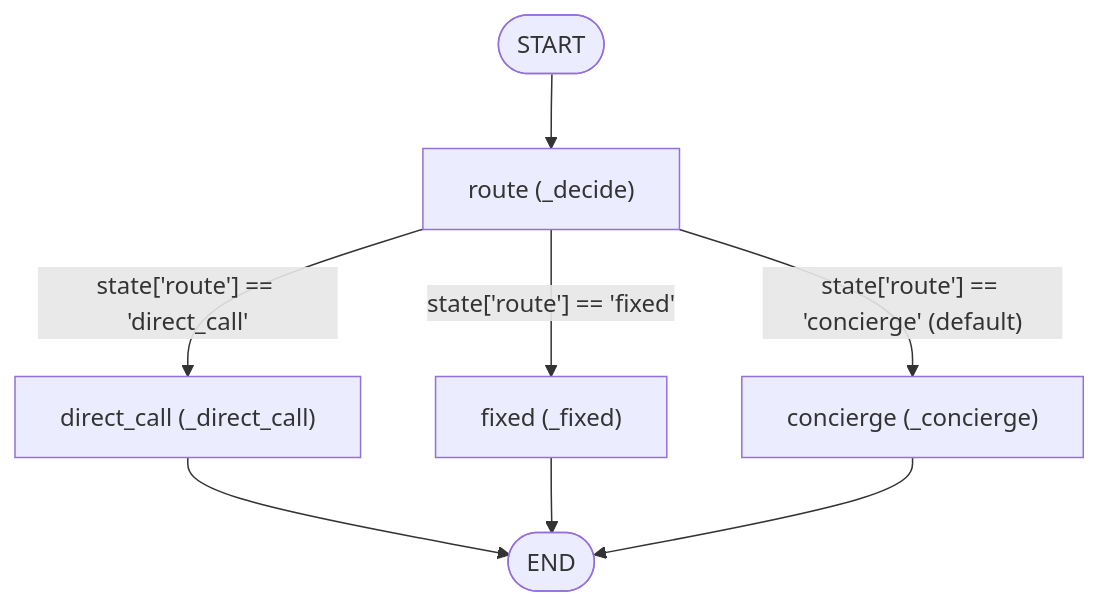
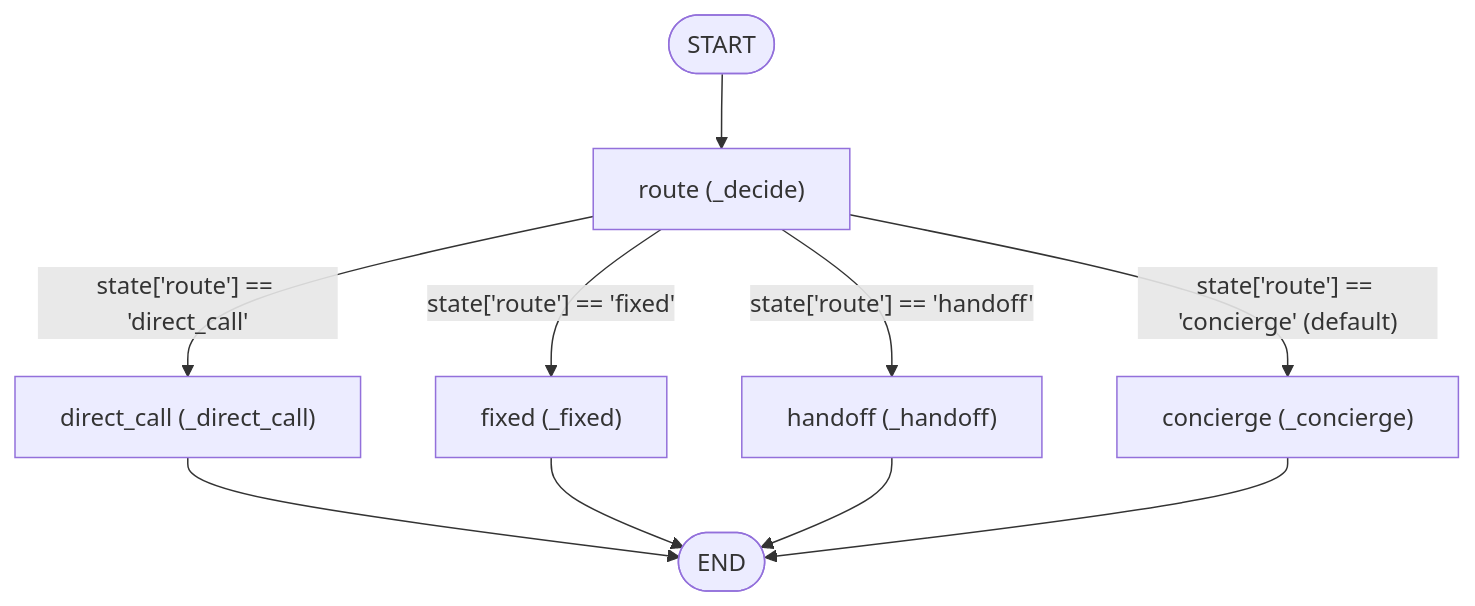
Before and after one commit to cheungyang/aoc: the diagram in graphs/main/README.md, drawn with Mermaid. The commit also changed other lines of this file and 14 other files, not shown here.

First line of the commit message:
S2 (part 1): addressed-agent rule, hand-off capsules and route, behind HANDOFF_ENABLED (off; pending G2)

````diff
--- a/graphs/main/README.md
+++ b/graphs/main/README.md
@@ -25,10 +28,12 @@
 ```mermaid
 flowchart TD
     START([START]) --> route["route (_decide)"]
     route -->|"state['route'] == 'direct_call'"| direct_call["direct_call (_direct_call)"]
     route -->|"state['route'] == 'fixed'"| fixed["fixed (_fixed)"]
+    route -->|"state['route'] == 'handoff'"| handoff["handoff (_handoff)"]
     route -->|"state['route'] == 'concierge' (default)"| concierge["concierge (_concierge)"]
     direct_call --> END([END])
     fixed --> END
+    handoff --> END
     concierge --> END
 ```
````
